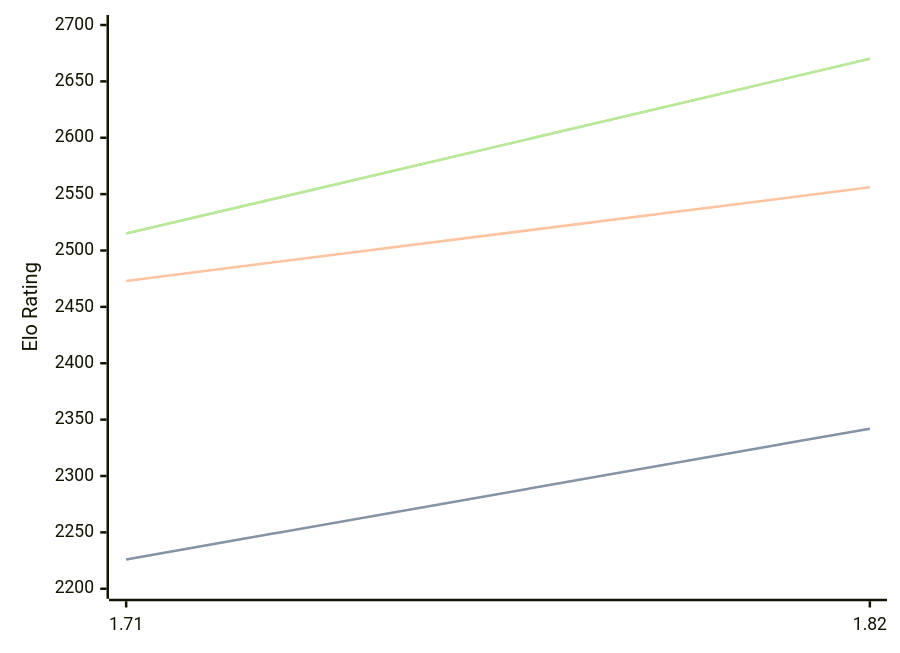
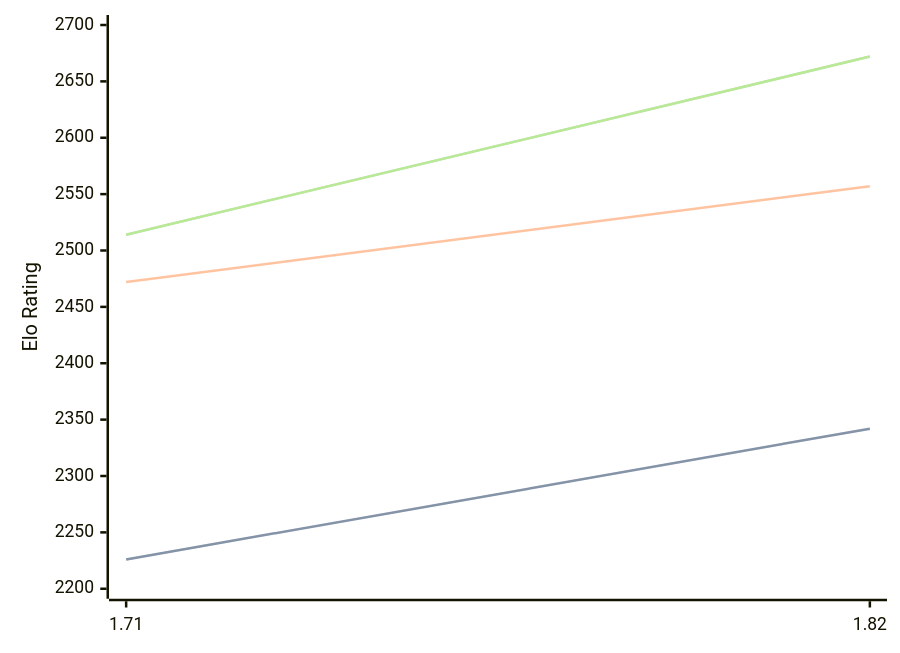
Before and after one commit to computer-chess-index/cci: the diagram in engines/Amira.md, drawn with Mermaid. The commit also changed other lines of this file, not shown here.

Commit message:
Update CCI Ratings (ELO VLTC) - 2026-04-21

````diff
--- a/engines/Amira.md
+++ b/engines/Amira.md
@@ -35,11 +35,11 @@
 ```mermaid
 %%{init: {"theme":"base","themeVariables":{"seriesColors:['#a3a3a3','#222221','#faa371']}}}%%
 xychart-beta
   x-axis ["1.71", "1.82"]
   y-axis "Elo Rating" 2200 --> 2700
   line "STC (8.0+0.08s)" [2226, 2342]
   line "STC (8.0+0.08s)" [2226, 2342]
-  line "LTC (60.0+0.60s)" [2473, 2556]
-  line "VLTC (2m24s+1.12s)" [2515, 2670]
-  line "VLTC (2m24s+1.12s)" [2515, 2670]
+  line "LTC (60.0+0.60s)" [2472, 2557]
+  line "VLTC (2m24s+1.12s)" [2514, 2672]
+  line "VLTC (2m24s+1.12s)" [2514, 2672]
 ```
````
